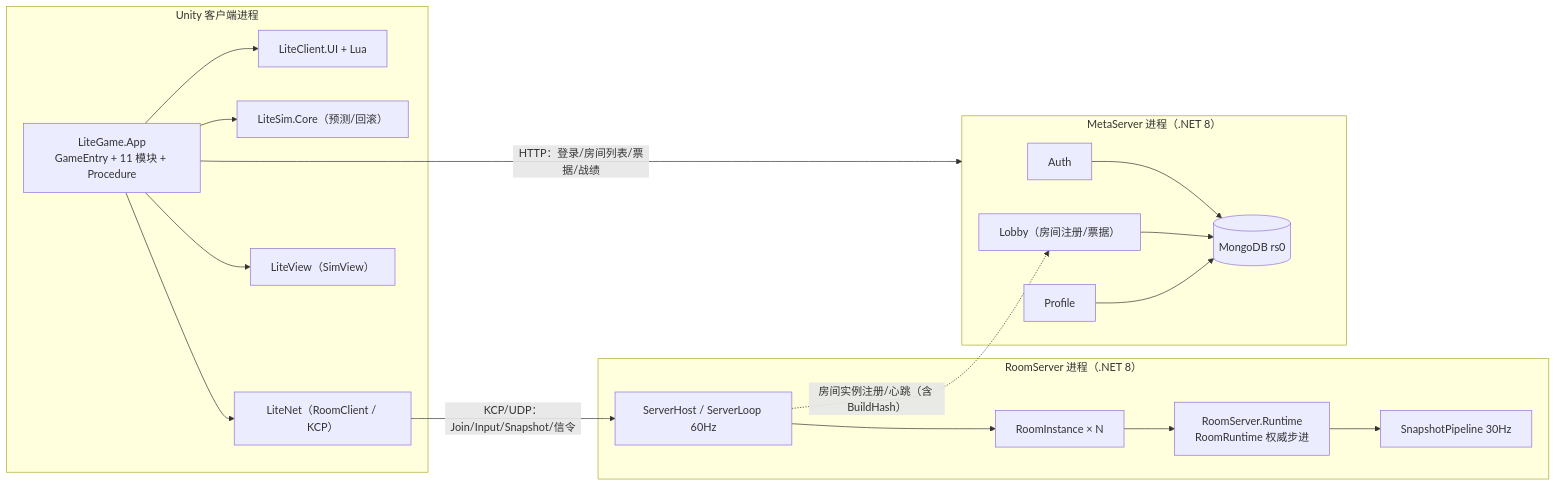
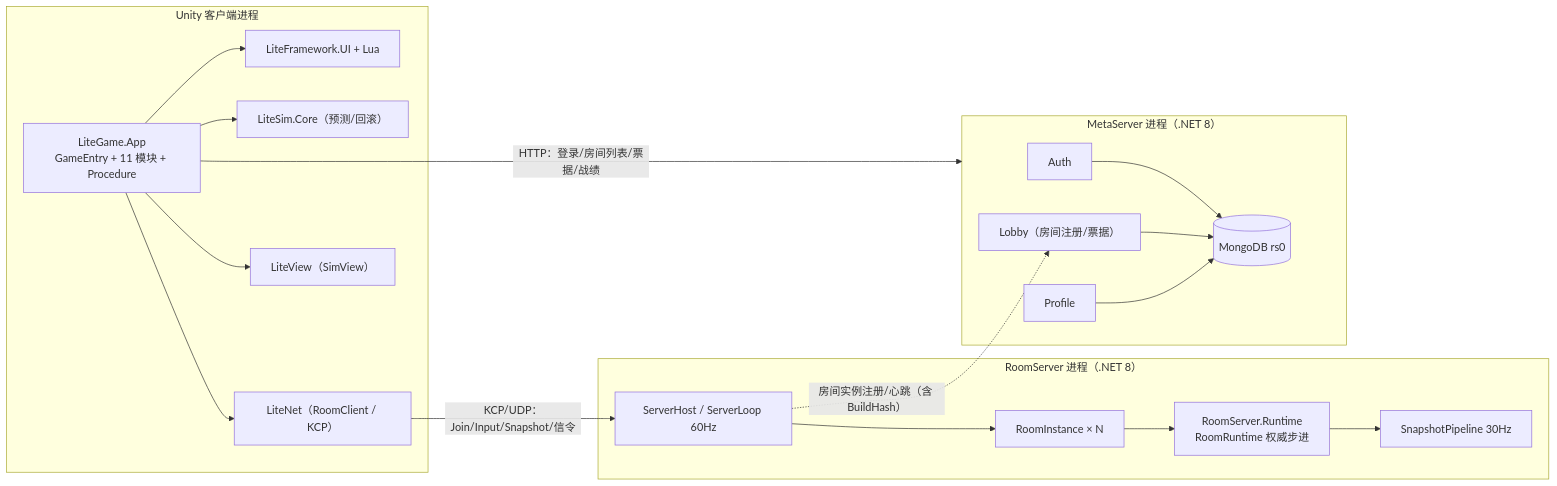
The first of 3 diagrams in Docs/技术总结/02-总体架构与程序集分层.md (highhunter777/LiteFrameWork), drawn with Mermaid before and after one commit. The commit also changed other lines of this file and 431 other files, not shown here.

First line of the commit message:
refactor(client): 命名空间收口——LiteClient→LiteFramework、契约件→LiteBattle

````diff
--- a/Docs/技术总结/02-总体架构与程序集分层.md
+++ b/Docs/技术总结/02-总体架构与程序集分层.md
@@ -86,37 +86,37 @@
 ```mermaid
 flowchart LR
     subgraph C["Unity 客户端进程"]
         APP["LiteGame.App<br/>GameEntry + 11 模块 + Procedure"]
-        UI["LiteClient.UI + Lua"]
+        UI["LiteFramework.UI + Lua"]
         SIMC["LiteSim.Core（预测/回滚）"]
         NETC["LiteNet（RoomClient / KCP）"]
         VIEW["LiteView（SimView）"]
         APP --> UI
         APP --> SIMC
         APP --> NETC
         APP --> VIEW
     end
 
     subgraph R["RoomServer 进程（.NET 8）"]
         HOST["ServerHost / ServerLoop 60Hz"]
         INST["RoomInstance × N"]
         KERNEL["RoomServer.Runtime<br/>RoomRuntime 权威步进"]
         PIPE["SnapshotPipeline 30Hz"]
         HOST --> INST --> KERNEL
         KERNEL --> PIPE
     end
 
     subgraph M["MetaServer 进程（.NET 8）"]
         AUTH["Auth"]
         LOBBY["Lobby（房间注册/票据）"]
         PROF["Profile"]
         MONGO[("MongoDB rs0")]
         AUTH --> MONGO
         LOBBY --> MONGO
         PROF --> MONGO
     end
 
     NETC -- "KCP/UDP：Join/Input/Snapshot/信令" --> HOST
     APP -- "HTTP：登录/房间列表/票据/战绩" --> M
     HOST -. "房间实例注册/心跳（含 BuildHash）" .-> LOBBY
 ```
````
